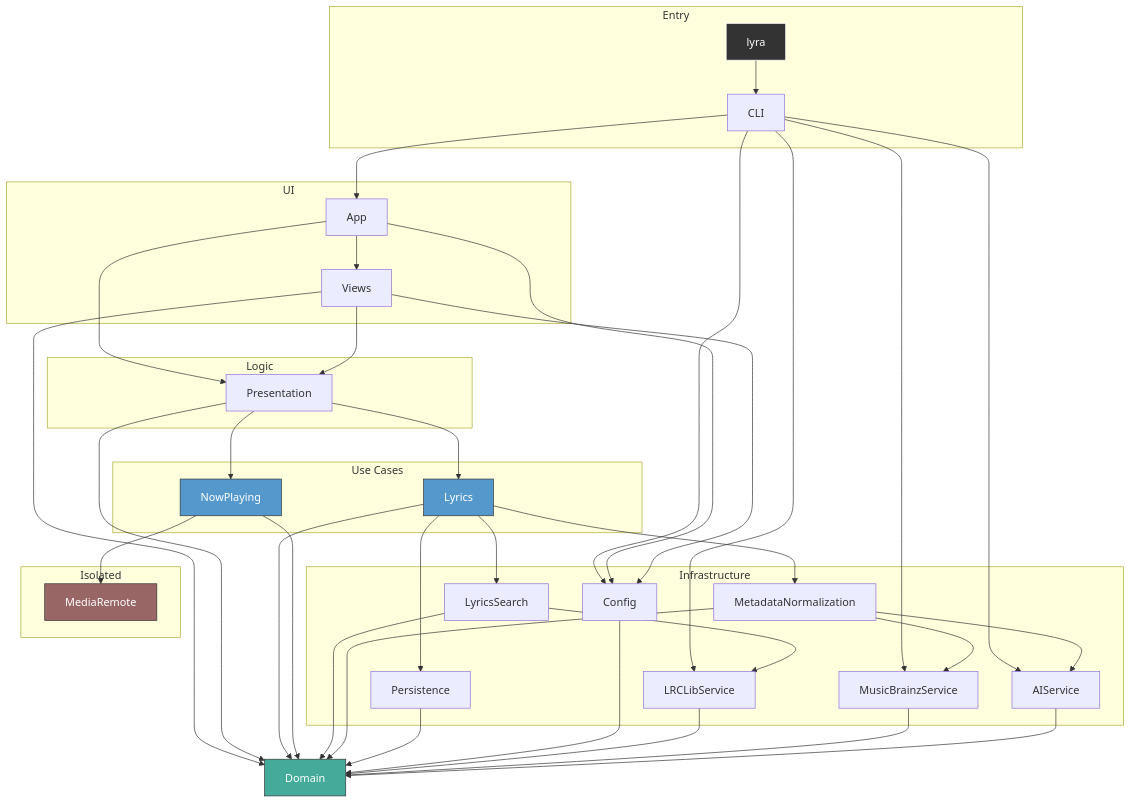
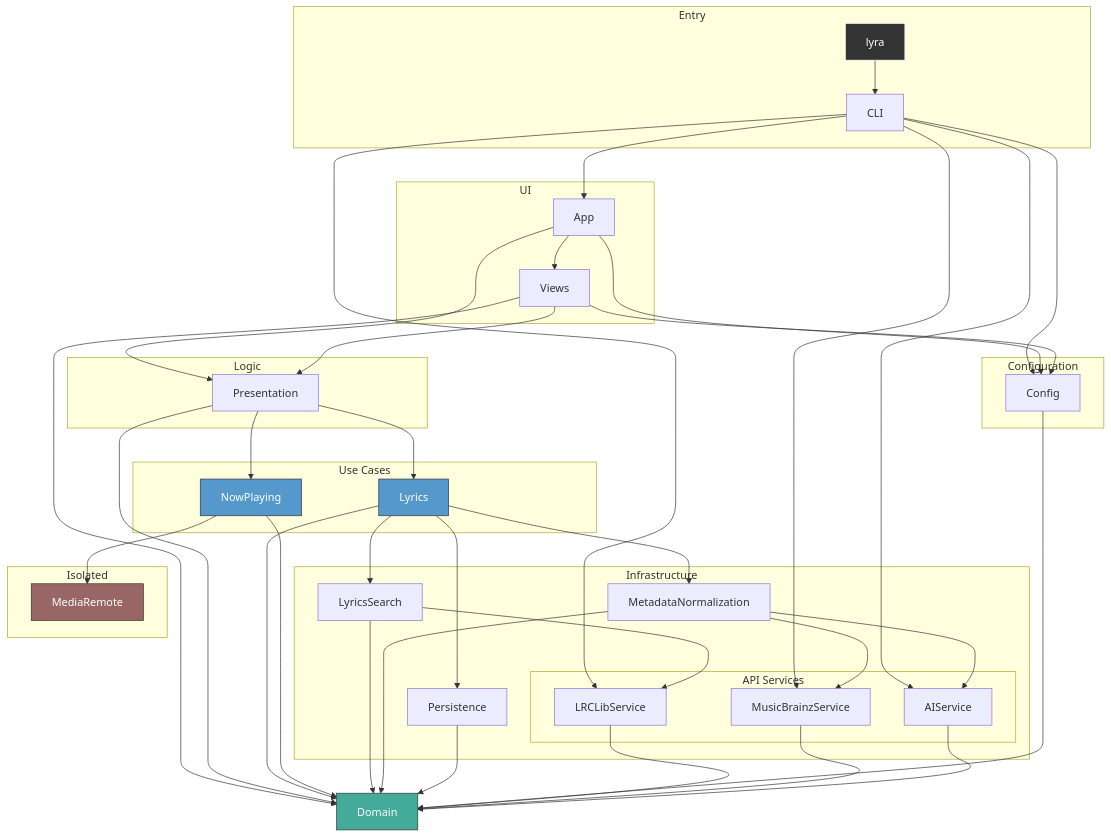
The diagram in CLAUDE.md (GeneralD/lyra), drawn with Mermaid before and after one commit. The commit also changed 5 other files, not shown here.

````diff
--- a/CLAUDE.md
+++ b/CLAUDE.md
@@ -22,60 +22,65 @@
 ```mermaid
 graph TD
     subgraph Entry
         lyra[lyra]
         CLI[CLI]
     end
 
     subgraph UI
         App[App]
         Views[Views]
     end
 
     subgraph Logic
         Presentation[Presentation]
     end
 
     subgraph Use Cases
         Lyrics[Lyrics]
         NowPlaying[NowPlaying]
     end
 
+    subgraph Configuration
+        Config[Config]
+    end
+
     subgraph Infrastructure
         LyricsSearch[LyricsSearch]
         MetadataNormalization[MetadataNormalization]
         Persistence[Persistence]
-        Config[Config]
-        LRCLibService[LRCLibService]
-        MusicBrainzService[MusicBrainzService]
-        AIService[AIService]
+        subgraph API Services
+            LRCLibService[LRCLibService]
+            MusicBrainzService[MusicBrainzService]
+            AIService[AIService]
+        end
     end
 
     subgraph Isolated
         MediaRemote[MediaRemote]
     end
 
     Domain[Domain]
 
     lyra --> CLI
     CLI --> App
     CLI --> Config
     CLI --> LRCLibService & MusicBrainzService & AIService
     App --> Views & Presentation & Config
     Views --> Presentation & Config & Domain
     Presentation --> Lyrics & NowPlaying & Domain
     Lyrics --> LyricsSearch & Persistence & MetadataNormalization & Domain
     NowPlaying --> MediaRemote & Domain
     LyricsSearch --> LRCLibService & Domain
     MetadataNormalization --> AIService & MusicBrainzService & Domain
     Persistence --> Domain
     Config --> Domain
     LRCLibService --> Domain
     MusicBrainzService --> Domain
     AIService --> Domain
 
     style Domain fill:#4a9,stroke:#333,color:#fff
     style Lyrics fill:#59c,stroke:#333,color:#fff
     style NowPlaying fill:#59c,stroke:#333,color:#fff
     style MediaRemote fill:#966,stroke:#333,color:#fff
     style lyra fill:#333,stroke:#fff,color:#fff
 ```
````
